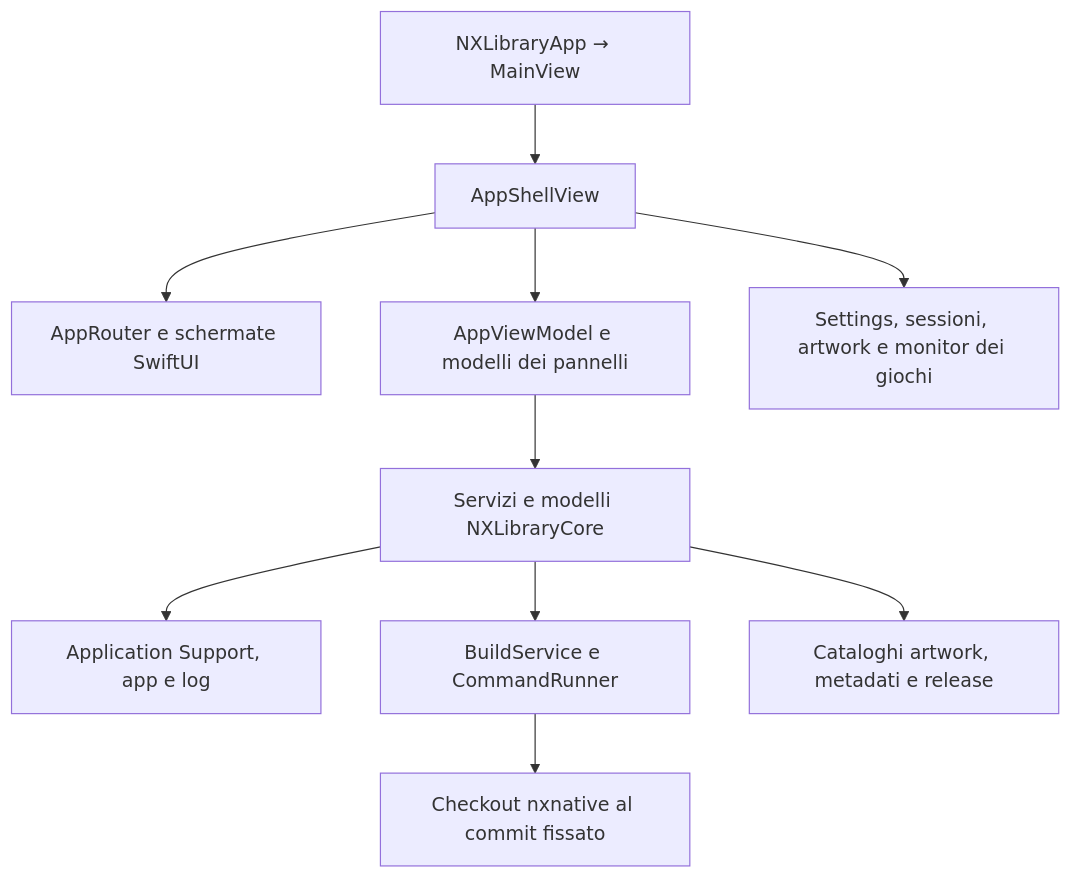
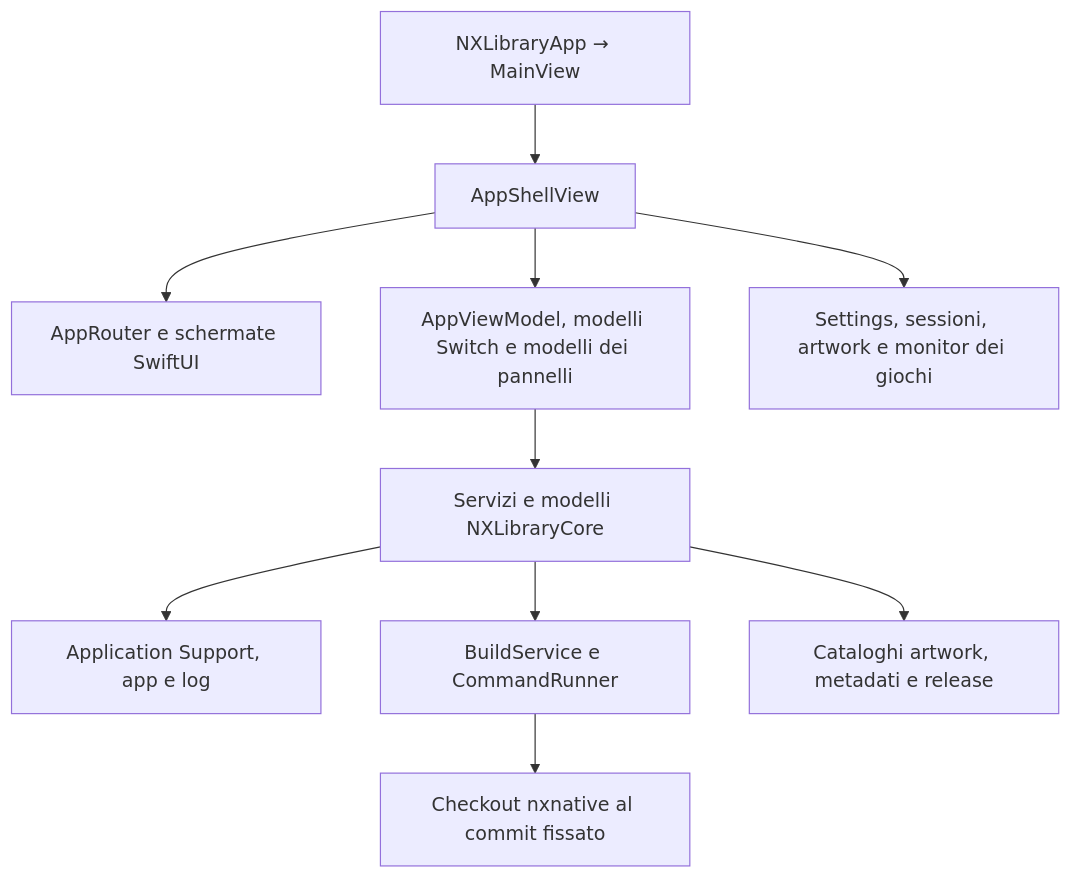
One commit to Bium23/NxLibrary changed the diagram in docs/how-it-works/architecture.md. Above: the diagram before and after it, drawn with Mermaid. The commit also changed other lines of this file and 1 other file, not shown here.

First line of the commit message:
docs: describe the coordinator after the Switch models

````diff
--- a/docs/how-it-works/architecture.md
+++ b/docs/how-it-works/architecture.md
@@ -52,12 +52,12 @@
 ```mermaid
 flowchart TD
     Entry["NXLibraryApp → MainView"] --> Shell["AppShellView"]
     Shell --> Router["AppRouter e schermate SwiftUI"]
-    Shell --> VM["AppViewModel e modelli dei pannelli"]
+    Shell --> VM["AppViewModel, modelli Switch e modelli dei pannelli"]
     Shell --> Stores["Settings, sessioni, artwork e monitor dei giochi"]
     VM --> Core["Servizi e modelli NXLibraryCore"]
     Core --> Disk["Application Support, app e log"]
     Core --> Process["BuildService e CommandRunner"]
     Process --> Engine["Checkout nxnative al commit fissato"]
     Core --> Network["Cataloghi artwork, metadati e release"]
 ```
````
